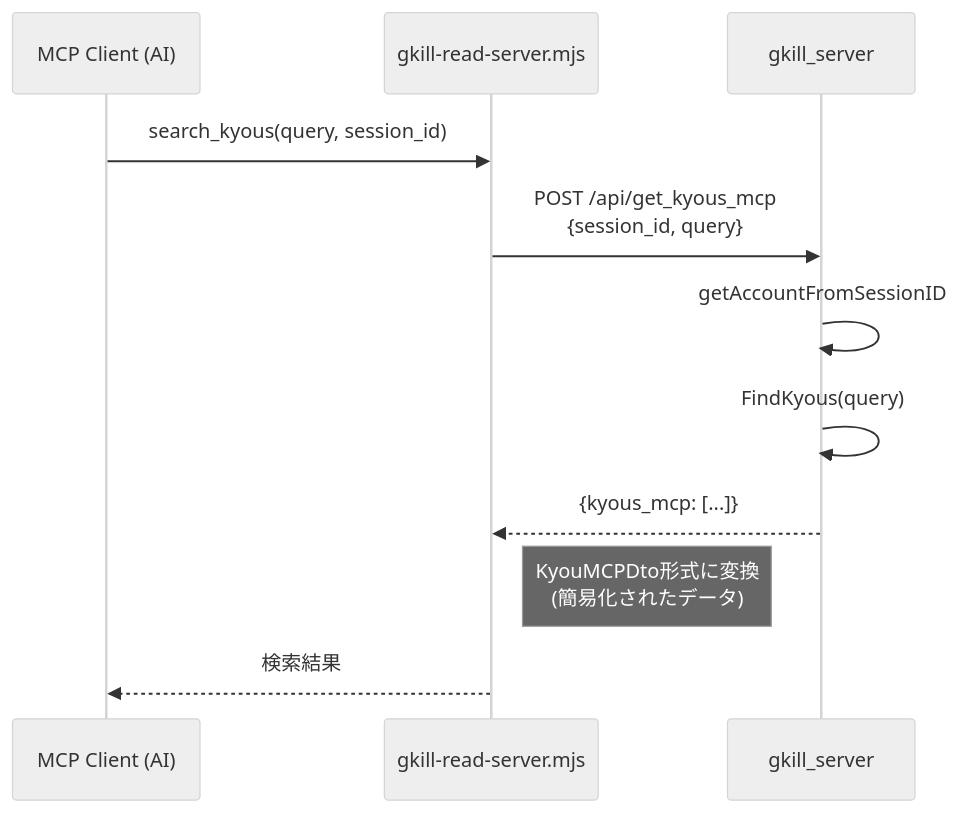
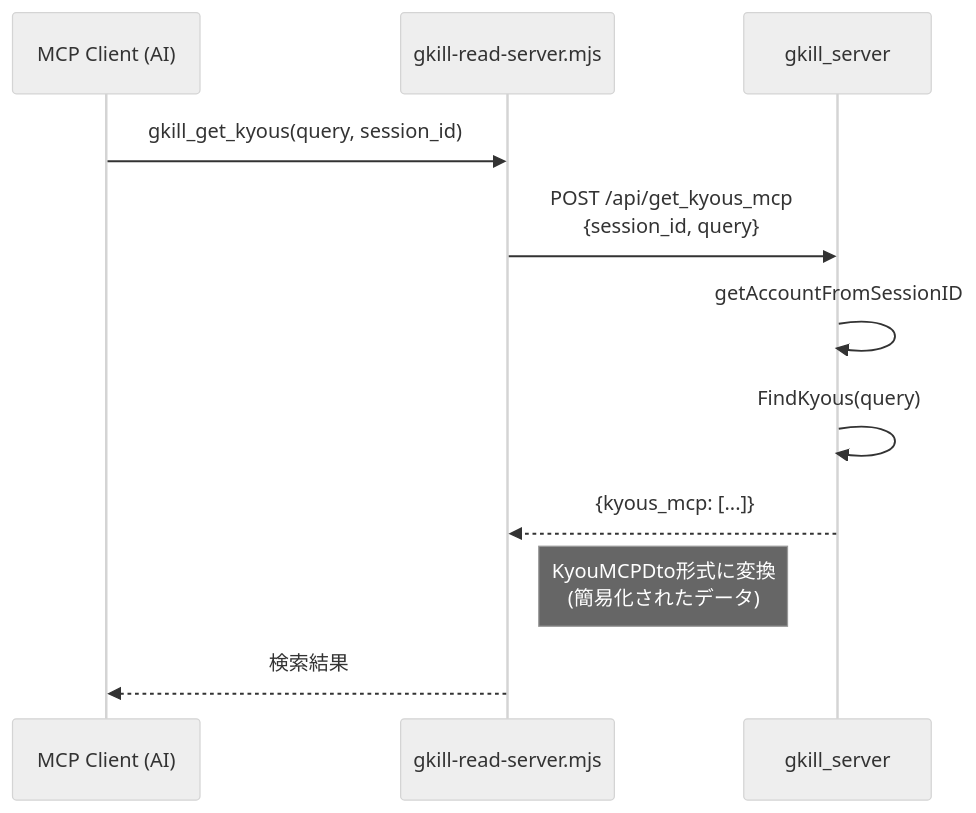
Before and after one commit to mt3hr/gkill: diagram 15 of 22 in documents/reverse/sequence-diagrams.md, drawn with Mermaid (neutral theme). The commit also changed other lines of this file and 24 other files, not shown here.

````diff
--- a/documents/reverse/sequence-diagrams.md
+++ b/documents/reverse/sequence-diagrams.md
@@ -392,14 +392,14 @@
 ```mermaid
 sequenceDiagram
     participant MCP as MCP Client (AI)
     participant MCPServer as gkill-read-server.mjs
     participant Server as gkill_server
 
-    MCP->>MCPServer: search_kyous(query, session_id)
+    MCP->>MCPServer: gkill_get_kyous(query, session_id)
     MCPServer->>Server: POST /api/get_kyous_mcp<br>{session_id, query}
     Server->>Server: getAccountFromSessionID
     Server->>Server: FindKyous(query)
     Server-->>MCPServer: {kyous_mcp: [...]}
     Note right of MCPServer: KyouMCPDto形式に変換<br>(簡易化されたデータ)
     MCPServer-->>MCP: 検索結果
 ```
````
